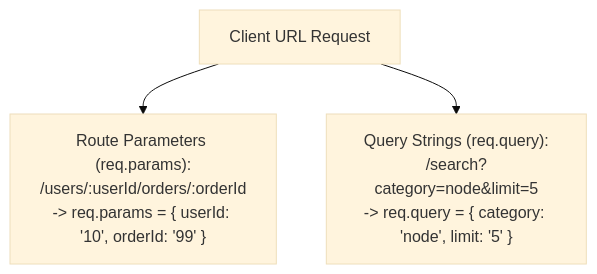
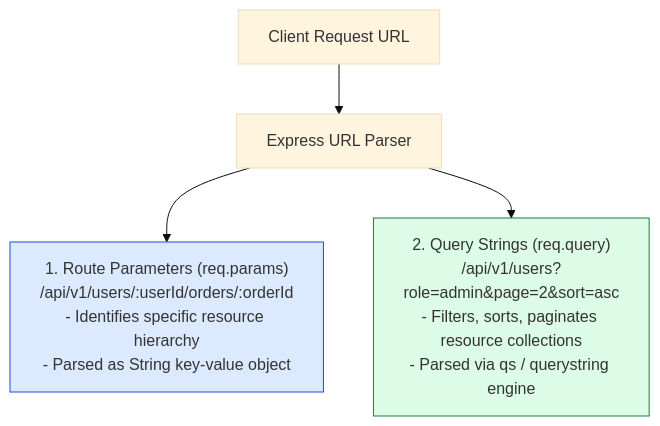
Before and after one commit to Amie-dev/engineering-playbook: the first of 3 diagrams in express-notes/03-route-params.md, drawn with Mermaid (base theme). The commit also changed other lines of this file and 26 other files, not shown here.

````diff
--- a/express-notes/03-route-params.md
+++ b/express-notes/03-route-params.md
@@ -10,5 +13,11 @@
 ```mermaid
-graph TD
-    Request[Client URL Request] --> Params["Route Parameters (req.params):<br/>/users/:userId/orders/:orderId<br/>-> req.params = { userId: '10', orderId: '99' }"]
-    Request --> Query["Query Strings (req.query):<br/>/search?category=node&limit=5<br/>-> req.query = { category: 'node', limit: '5' }"]
+flowchart TD
+    URL[Client Request URL] --> Parser["Express URL Parser"]
+
+    Parser --> PathParams["1. Route Parameters (req.params)<br/>/api/v1/users/:userId/orders/:orderId<br/>- Identifies specific resource hierarchy<br/>- Parsed as String key-value object"]
+
+    Parser --> QueryParams["2. Query Strings (req.query)<br/>/api/v1/users?role=admin&page=2&sort=asc<br/>- Filters, sorts, paginates resource collections<br/>- Parsed via qs / querystring engine"]
+
+    style PathParams fill:#dbeafe,stroke:#1d4ed8
+    style QueryParams fill:#dcfce7,stroke:#15803d
 ```
````
